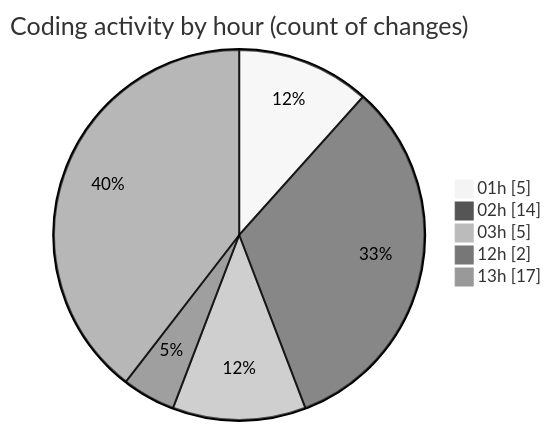
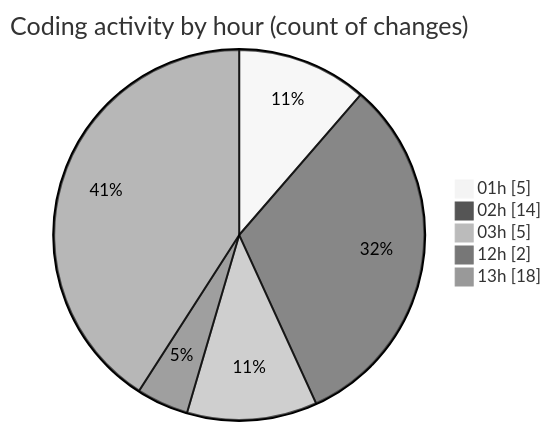
Before and after one commit to julien-gomy/code-tracking: the second of 2 diagrams in 2025-10-23/eventscop-frontend-guide__workspace_/README.md, drawn with Mermaid (neutral theme). The commit also changed other lines of this file and 1 other file, not shown here.

````diff
--- a/2025-10-23/eventscop-frontend-guide__workspace_/README.md
+++ b/2025-10-23/eventscop-frontend-guide__workspace_/README.md
@@ -42,9 +43,9 @@
 ```mermaid
 pie showData
 title Coding activity by hour (count of changes)
 "01h" : 5
 "02h" : 14
 "03h" : 5
 "12h" : 2
-"13h" : 17
+"13h" : 18
 ```
````
